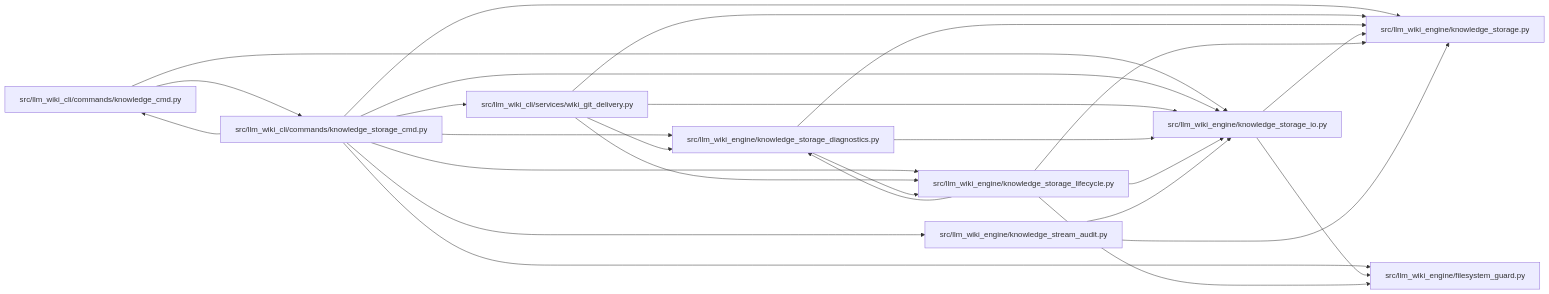
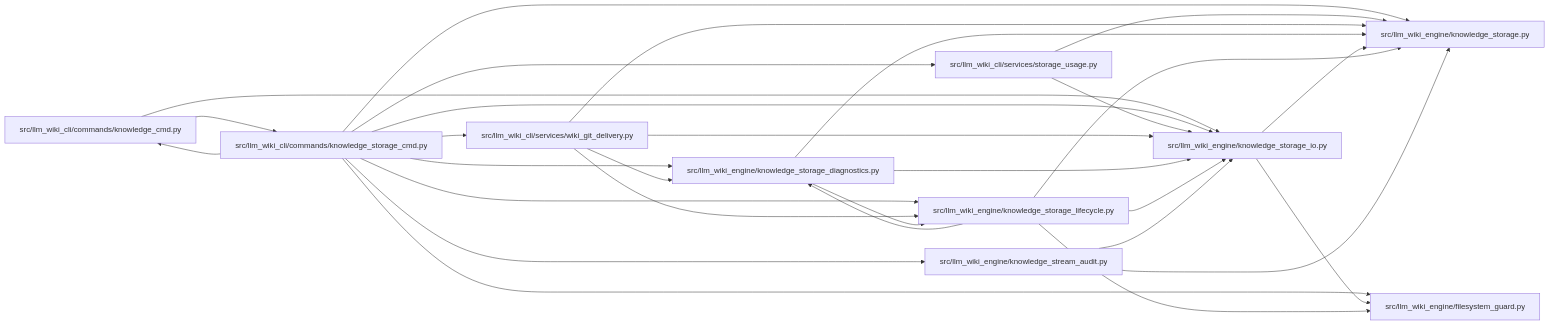
One commit to Denissvgn/python-wiki-llm changed the diagram in docs/llm_wiki/modules/knowledge_storage_cmd.md. Above: the diagram before and after it, drawn with Mermaid. The commit also changed other lines of this file and 725 other files, not shown here.

````diff
--- a/docs/llm_wiki/modules/knowledge_storage_cmd.md
+++ b/docs/llm_wiki/modules/knowledge_storage_cmd.md
@@ -28,46 +29,51 @@
 ```mermaid
 flowchart LR
     n0["src/llm_wiki_cli/commands/knowledge_cmd.py"]
     n1["src/llm_wiki_cli/commands/knowledge_storage_cmd.py"]
-    n2["src/llm_wiki_cli/services/wiki_git_delivery.py"]
-    n3["src/llm_wiki_engine/filesystem_guard.py"]
-    n4["src/llm_wiki_engine/knowledge_storage.py"]
-    n5["src/llm_wiki_engine/knowledge_storage_diagnostics.py"]
-    n6["src/llm_wiki_engine/knowledge_storage_io.py"]
-    n7["src/llm_wiki_engine/knowledge_storage_lifecycle.py"]
-    n8["src/llm_wiki_engine/knowledge_stream_audit.py"]
+    n2["src/llm_wiki_cli/services/storage_usage.py"]
+    n3["src/llm_wiki_cli/services/wiki_git_delivery.py"]
+    n4["src/llm_wiki_engine/filesystem_guard.py"]
+    n5["src/llm_wiki_engine/knowledge_storage.py"]
+    n6["src/llm_wiki_engine/knowledge_storage_diagnostics.py"]
+    n7["src/llm_wiki_engine/knowledge_storage_io.py"]
+    n8["src/llm_wiki_engine/knowledge_storage_lifecycle.py"]
+    n9["src/llm_wiki_engine/knowledge_stream_audit.py"]
     n0 --> n1
-    n0 --> n6
+    n0 --> n7
     n1 --> n0
     n1 --> n2
     n1 --> n3
     n1 --> n4
     n1 --> n5
     n1 --> n6
     n1 --> n7
     n1 --> n8
-    n2 --> n4
+    n1 --> n9
     n2 --> n5
-    n2 --> n6
     n2 --> n7
-    n5 --> n4
-    n5 --> n6
-    n5 --> n7
-    n6 --> n3
-    n6 --> n4
-    n7 --> n3
+    n3 --> n5
+    n3 --> n6
+    n3 --> n7
+    n3 --> n8
+    n6 --> n5
+    n6 --> n7
+    n6 --> n8
     n7 --> n4
     n7 --> n5
-    n7 --> n6
     n8 --> n4
+    n8 --> n5
     n8 --> n6
+    n8 --> n7
+    n9 --> n5
+    n9 --> n7
     click n0 "../modules/knowledge_cmd.md"
     click n1 "../modules/knowledge_storage_cmd.md"
-    click n2 "../modules/wiki_git_delivery.md"
-    click n3 "../modules/filesystem_guard.md"
-    click n4 "../modules/knowledge_storage.md"
-    click n5 "../modules/knowledge_storage_diagnostics.md"
-    click n6 "../modules/knowledge_storage_io.md"
-    click n7 "../modules/knowledge_storage_lifecycle.md"
-    click n8 "../modules/knowledge_stream_audit.md"
+    click n2 "../modules/storage_usage.md"
+    click n3 "../modules/wiki_git_delivery.md"
+    click n4 "../modules/filesystem_guard.md"
+    click n5 "../modules/knowledge_storage.md"
+    click n6 "../modules/knowledge_storage_diagnostics.md"
+    click n7 "../modules/knowledge_storage_io.md"
+    click n8 "../modules/knowledge_storage_lifecycle.md"
+    click n9 "../modules/knowledge_stream_audit.md"
 ```
````
